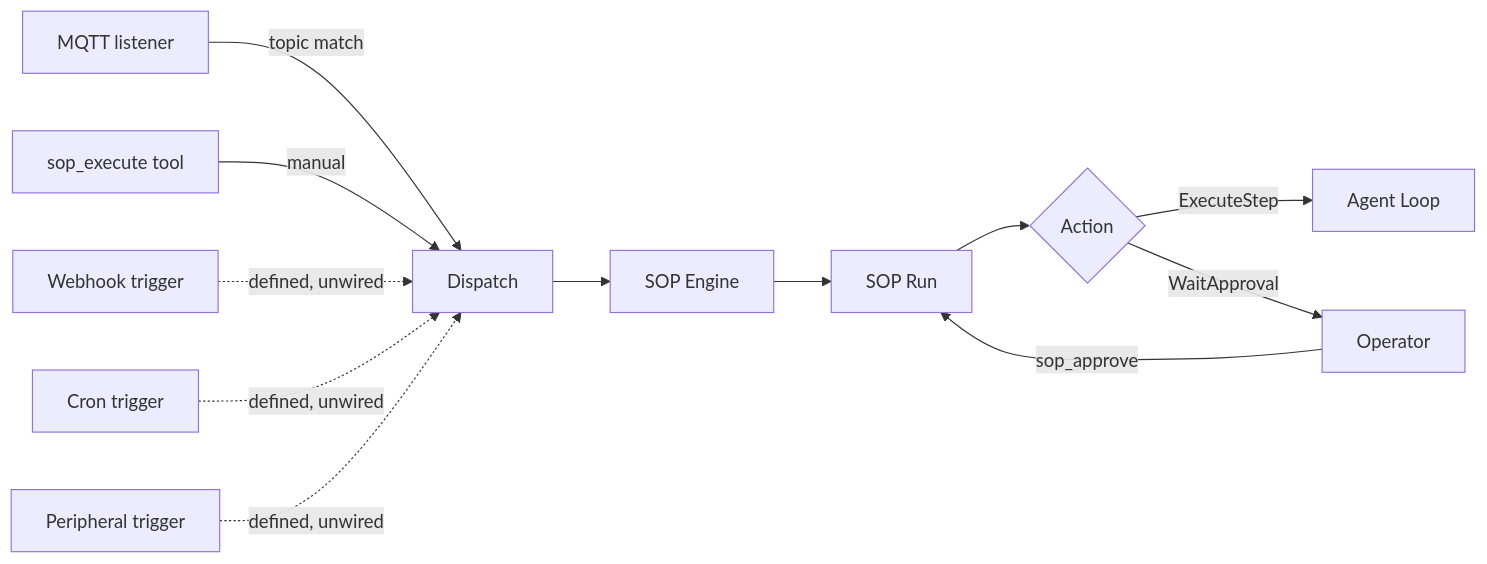
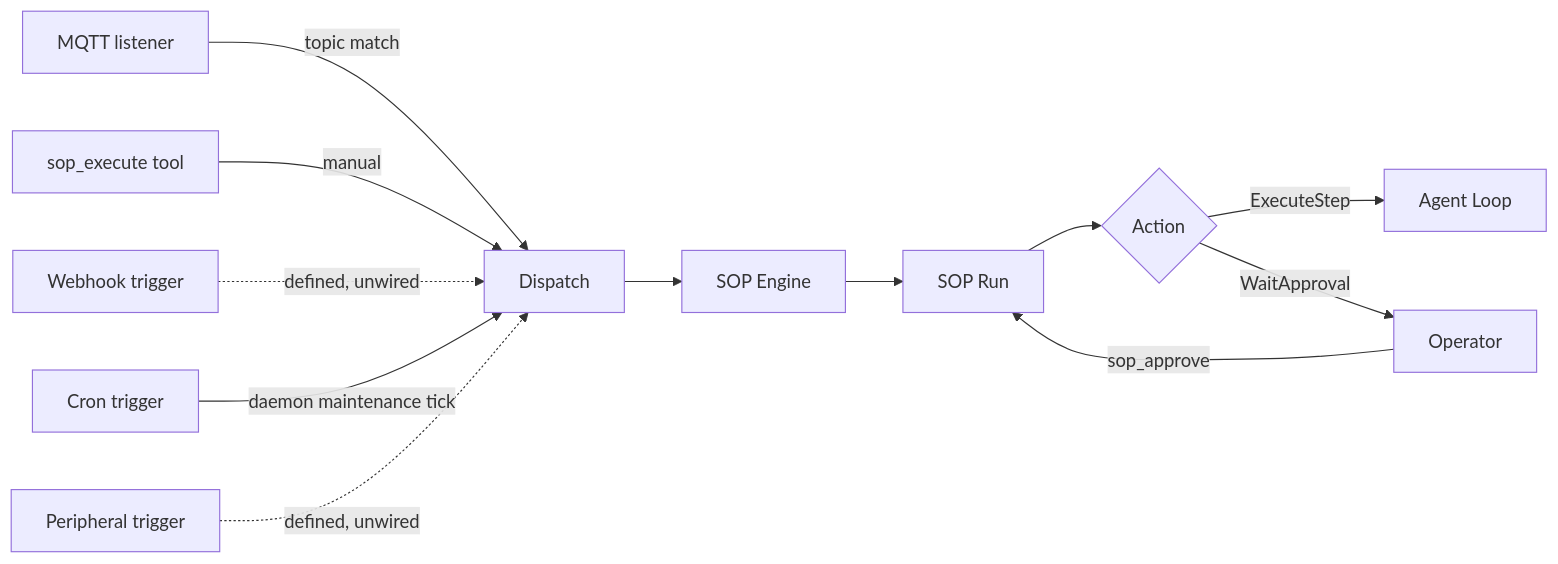
One commit to zeroclaw-labs/zeroclaw changed the diagram in docs/book/src/sop/how-it-works.md. Above: the diagram before and after it, drawn with Mermaid. The commit also changed other lines of this file and 4 other files, not shown here.

First line of the commit message:
docs(sop): correct cron trigger dispatch status (wired via maintenance tick)

````diff
--- a/docs/book/src/sop/how-it-works.md
+++ b/docs/book/src/sop/how-it-works.md
@@ -13,15 +13,15 @@
 ```mermaid
 graph LR
     MQTT[MQTT listener] -->|topic match| Dispatch
     TOOL[sop_execute tool] -->|manual| Dispatch
     WH[Webhook trigger] -.->|defined, unwired| Dispatch
-    CRON[Cron trigger] -.->|defined, unwired| Dispatch
+    CRON[Cron trigger] -->|daemon maintenance tick| Dispatch
     GPIO[Peripheral trigger] -.->|defined, unwired| Dispatch
 
     Dispatch --> Engine[SOP Engine]
     Engine --> Run[SOP Run]
     Run --> Action{Action}
     Action -->|ExecuteStep| Agent[Agent Loop]
     Action -->|WaitApproval| Human[Operator]
     Human -->|sop_approve| Run
 ```
````
